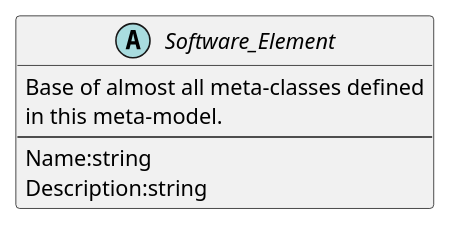
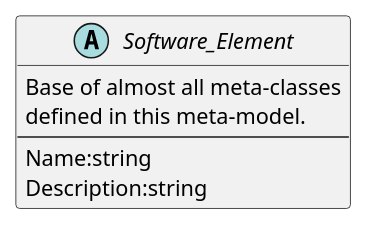
Before and after one commit to HomeMadeBots/Embedded_Software_Meta_Model: the diagram in Meta-Classes/Software_Element.puml, drawn with PlantUML. The commit also changed 25 other files, not shown here.

```diff
--- a/Meta-Classes/Software_Element.puml
+++ b/Meta-Classes/Software_Element.puml
@@ -1,12 +1,12 @@
 @startuml
 
 abstract class Software_Element
 {
-  Base of almost all meta-classes defined
-  in this meta-model.
+  Base of almost all meta-classes
+  defined in this meta-model.
   --
   Name:string
   Description:string
 }
 
 @enduml
```
